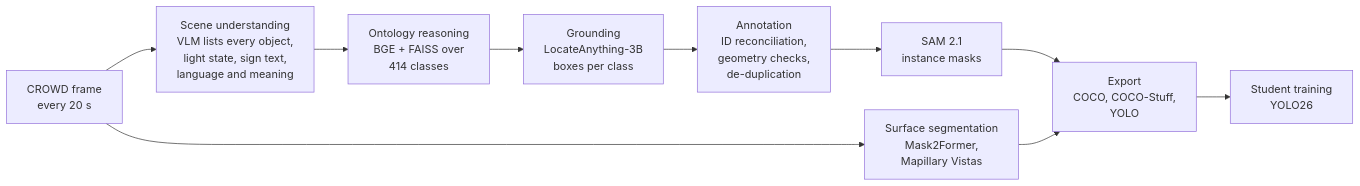
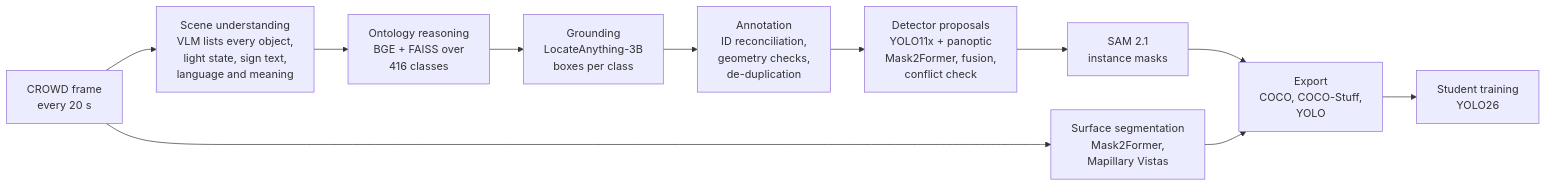
Before and after one commit to crowd-dataset/TraffCOCO: the diagram in README.md, drawn with Mermaid. The commit also changed other lines of this file and 28 other files, not shown here.

First line of the commit message:
Adds box checks, detector proposals and a high-precision export to the pipeline (#3)

````diff
--- a/README.md
+++ b/README.md
@@ -71,12 +71,13 @@
 ```mermaid
 flowchart LR
     F[CROWD frame<br/>every 20 s] --> S[Scene understanding<br/>VLM lists every object,<br/>light state, sign text,<br/>language and meaning]
-    S --> O[Ontology reasoning<br/>BGE + FAISS over<br/>414 classes]
+    S --> O[Ontology reasoning<br/>BGE + FAISS over<br/>416 classes]
     O --> G[Grounding<br/>LocateAnything-3B<br/>boxes per class]
     G --> A[Annotation<br/>ID reconciliation,<br/>geometry checks,<br/>de-duplication]
-    A --> M[SAM 2.1<br/>instance masks]
+    A --> D[Detector proposals<br/>YOLO11x + panoptic<br/>Mask2Former, fusion,<br/>conflict check]
+    D --> M[SAM 2.1<br/>instance masks]
     F --> R[Surface segmentation<br/>Mask2Former,<br/>Mapillary Vistas]
     M --> E[Export<br/>COCO, COCO-Stuff,<br/>YOLO]
     R --> E
     E --> T[Student training<br/>YOLO26]
 ```
````
